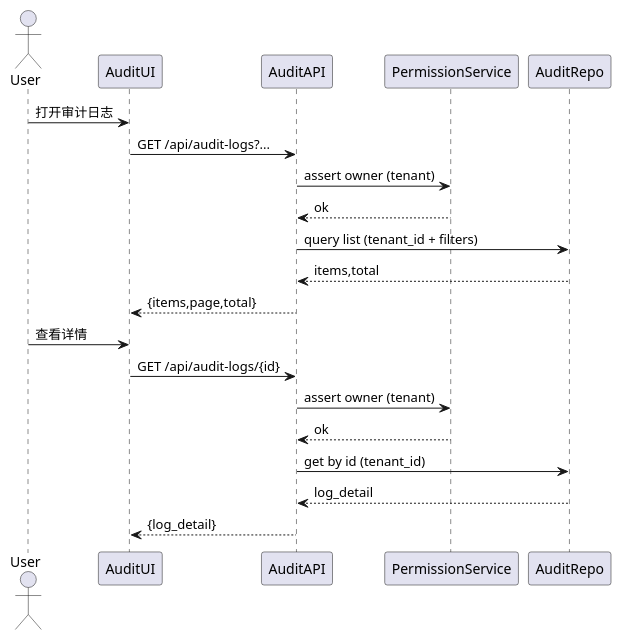
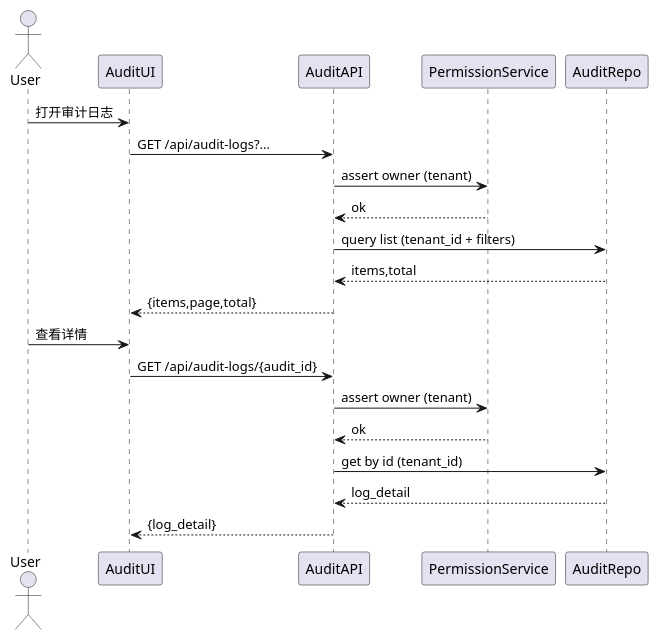
Diagram 28 of 29 in docs/tech.md (FangZiyong/grass), drawn with PlantUML before and after one commit. The commit also changed other lines of this file and 5 other files, not shown here.

````diff
--- a/docs/tech.md
+++ b/docs/tech.md
@@ -6119,25 +6121,25 @@
 ```plantuml
 @startuml
 actor User
 participant "AuditUI" as UI
 participant "AuditAPI" as API
 participant "PermissionService" as PS
 participant "AuditRepo" as AR
 
 User -> UI : 打开审计日志
 UI -> API : GET /api/audit-logs?...
 API -> PS : assert owner (tenant)
 PS --> API : ok
 API -> AR : query list (tenant_id + filters)
 AR --> API : items,total
 API --> UI : {items,page,total}
 
 User -> UI : 查看详情
-UI -> API : GET /api/audit-logs/{id}
+UI -> API : GET /api/audit-logs/{audit_id}
 API -> PS : assert owner (tenant)
 PS --> API : ok
 API -> AR : get by id (tenant_id)
 AR --> API : log_detail
 API --> UI : {log_detail}
 @enduml
 ```
````
